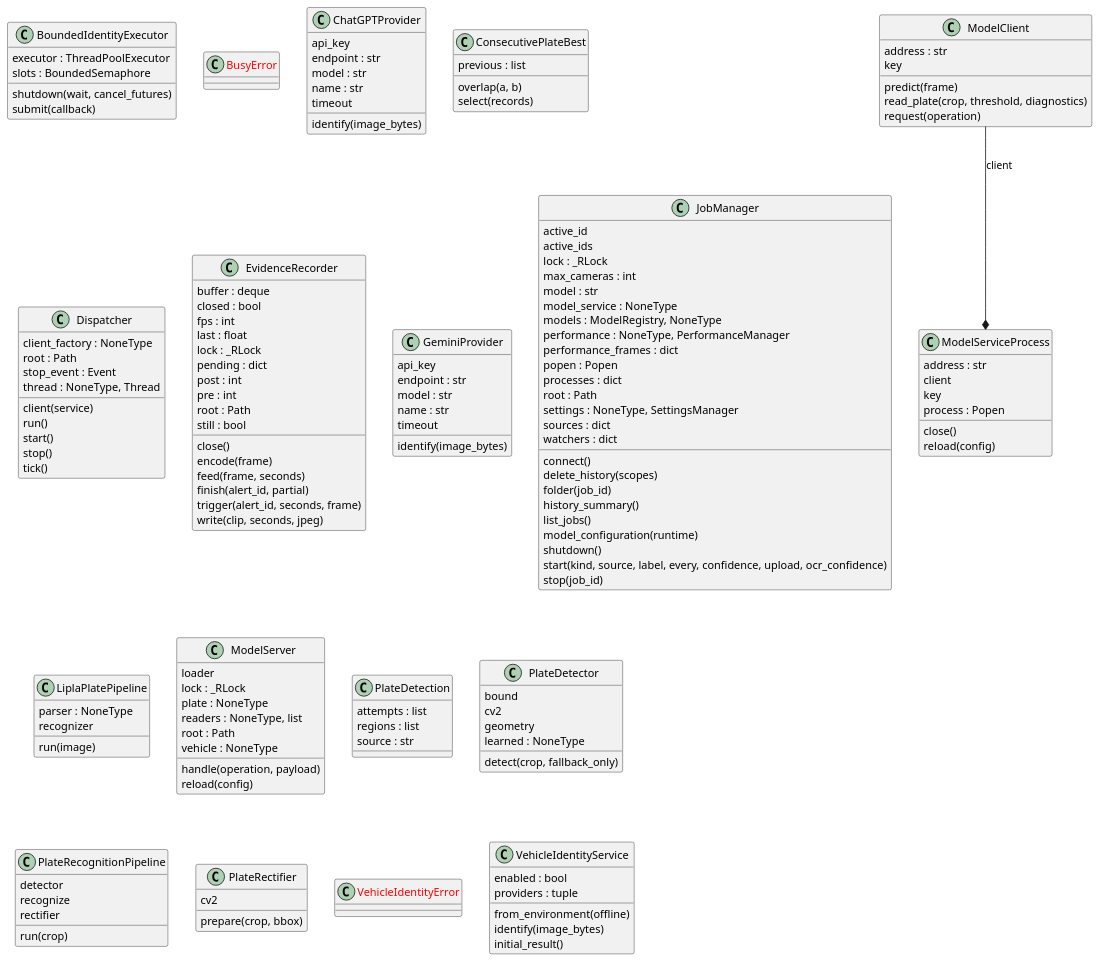
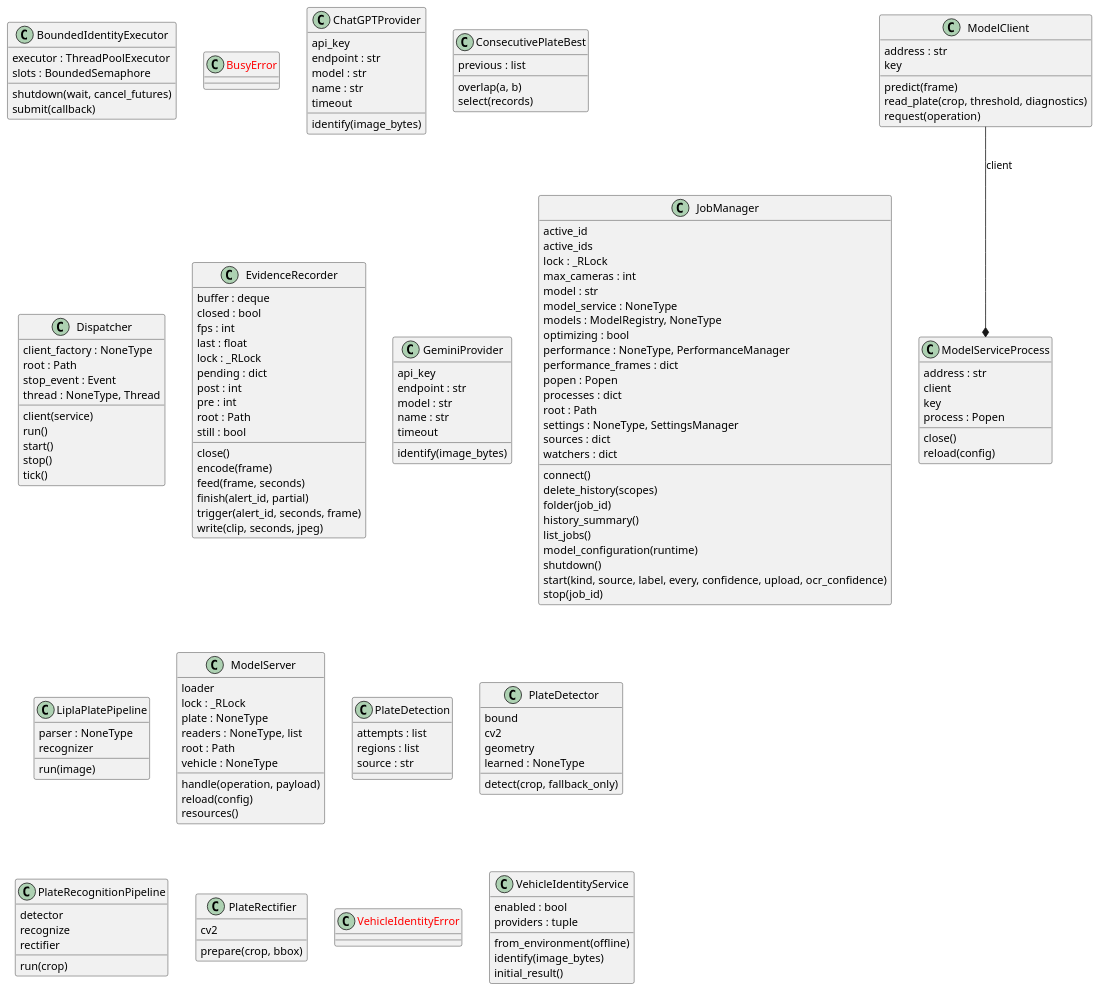
One commit to UeEmon/AI-Gate-System- changed the diagram in docs/generated/core/classes_GateCore.puml. Above: the diagram before and after it, drawn with PlantUML. The commit also changed 4 other files, not shown here.

Commit message:
docs: update UML from main code

```diff
--- a/docs/generated/core/classes_GateCore.puml
+++ b/docs/generated/core/classes_GateCore.puml
@@ -1,149 +1,151 @@
 @startuml classes_GateCore
 set namespaceSeparator none
 class "BoundedIdentityExecutor" as vehicle_identity.BoundedIdentityExecutor {
   executor : ThreadPoolExecutor
   slots : BoundedSemaphore
   shutdown(wait, cancel_futures)
   submit(callback)
 }
 class "<color:red>BusyError</color>" as web.BusyError {
 }
 class "ChatGPTProvider" as vehicle_identity.ChatGPTProvider {
   api_key
   endpoint : str
   model : str
   name : str
   timeout
   identify(image_bytes)
 }
 class "ConsecutivePlateBest" as app.ConsecutivePlateBest {
   previous : list
   overlap(a, b)
   select(records)
 }
 class "Dispatcher" as events.Dispatcher {
   client_factory : NoneType
   root : Path
   stop_event : Event
   thread : NoneType, Thread
   client(service)
   run()
   start()
   stop()
   tick()
 }
 class "EvidenceRecorder" as evidence.EvidenceRecorder {
   buffer : deque
   closed : bool
   fps : int
   last : float
   lock : _RLock
   pending : dict
   post : int
   pre : int
   root : Path
   still : bool
   close()
   encode(frame)
   feed(frame, seconds)
   finish(alert_id, partial)
   trigger(alert_id, seconds, frame)
   write(clip, seconds, jpeg)
 }
 class "GeminiProvider" as vehicle_identity.GeminiProvider {
   api_key
   endpoint : str
   model : str
   name : str
   timeout
   identify(image_bytes)
 }
 class "JobManager" as web.JobManager {
   active_id
   active_ids
   lock : _RLock
   max_cameras : int
   model : str
   model_service : NoneType
   models : ModelRegistry, NoneType
+  optimizing : bool
   performance : NoneType, PerformanceManager
   performance_frames : dict
   popen : Popen
   processes : dict
   root : Path
   settings : NoneType, SettingsManager
   sources : dict
   watchers : dict
   connect()
   delete_history(scopes)
   folder(job_id)
   history_summary()
   list_jobs()
   model_configuration(runtime)
   shutdown()
   start(kind, source, label, every, confidence, upload, ocr_confidence)
   stop(job_id)
 }
 class "LiplaPlatePipeline" as lipla_pipeline.LiplaPlatePipeline {
   parser : NoneType
   recognizer
   run(image)
 }
 class "ModelClient" as model_service.ModelClient {
   address : str
   key
   predict(frame)
   read_plate(crop, threshold, diagnostics)
   request(operation)
 }
 class "ModelServer" as model_service.ModelServer {
   loader
   lock : _RLock
   plate : NoneType
   readers : NoneType, list
   root : Path
   vehicle : NoneType
   handle(operation, payload)
   reload(config)
+  resources()
 }
 class "ModelServiceProcess" as model_service.ModelServiceProcess {
   address : str
   client
   key
   process : Popen
   close()
   reload(config)
 }
 class "PlateDetection" as plate_pipeline.PlateDetection {
   attempts : list
   regions : list
   source : str
 }
 class "PlateDetector" as plate_pipeline.PlateDetector {
   bound
   cv2
   geometry
   learned : NoneType
   detect(crop, fallback_only)
 }
 class "PlateRecognitionPipeline" as plate_pipeline.PlateRecognitionPipeline {
   detector
   recognize
   rectifier
   run(crop)
 }
 class "PlateRectifier" as plate_pipeline.PlateRectifier {
   cv2
   prepare(crop, bbox)
 }
 class "<color:red>VehicleIdentityError</color>" as vehicle_identity.VehicleIdentityError {
 }
 class "VehicleIdentityService" as vehicle_identity.VehicleIdentityService {
   enabled : bool
   providers : tuple
   from_environment(offline)
   identify(image_bytes)
   initial_result()
 }
 model_service.ModelClient --* model_service.ModelServiceProcess : client
 @enduml
```
